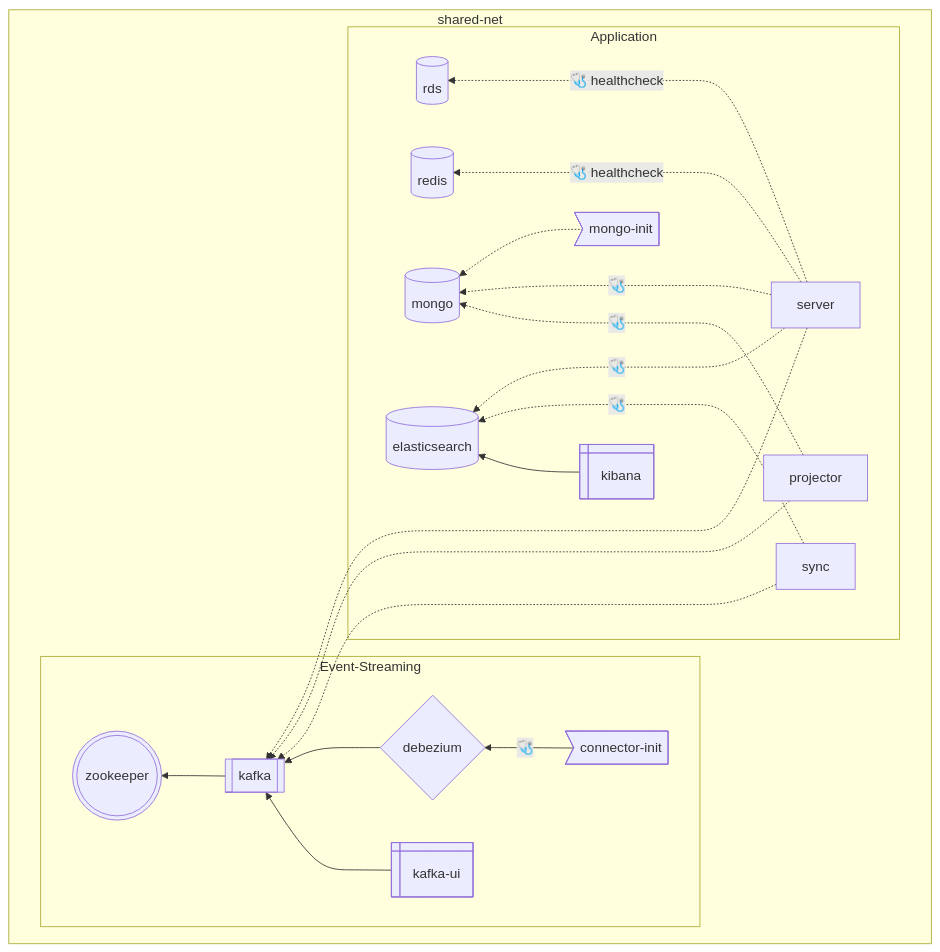
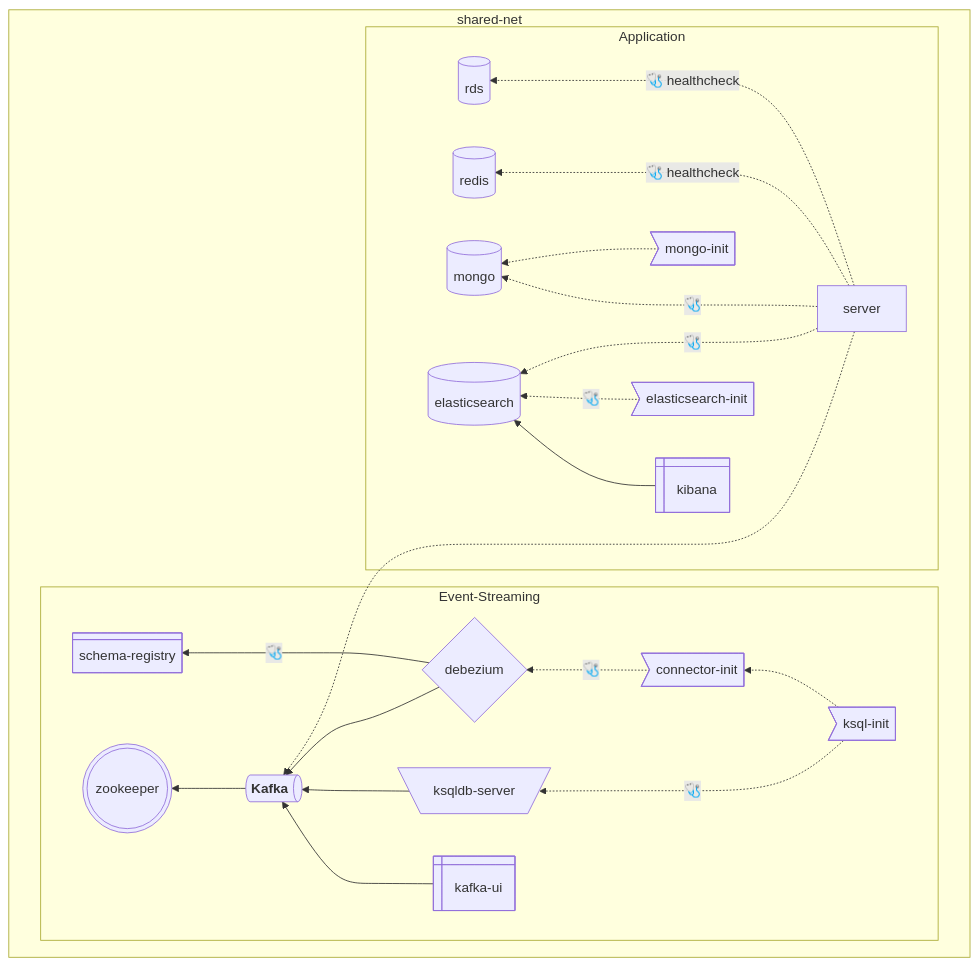
Before and after one commit to NarciSource/Pre-Onboarding-Challenge-BE-31: the second of 4 diagrams in README.md, drawn with Mermaid. The commit also changed other lines of this file, not shown here.

Commit message:
docs: README.md 다이어그램 업데이트

````diff
--- a/README.md
+++ b/README.md
@@ -119,41 +129,46 @@
 ```mermaid
 graph
   subgraph DockerNetwork["shared-net"]
    direction RL
 
    subgraph Event-Streaming
     zookeeper@{ shape: dbl-circ }
-    kafka@{ shape: fr-rect }
+    kafka@{ shape: das, label: "**Kafka**" }
     kafka-ui@{ shape: win-pane }
+    ksqldb-server@{ shape: trap-t }
+    schema-registry@{ shape: div-rect }
     debezium@{ shape: diamond }
     connector-init@{ shape: odd }
+    ksql-init@{ shape: odd }
    end
 
    subgraph Application
     server@{ shape: rect }
-    projector@{ shape: rect }
-    sync@{ shape: rect }
 
     rds@{ shape: cyl }
     mongo@{ shape: cyl }
     mongo-init@{ shape: odd }
     elasticsearch@{ shape: cyl }
+    elasticsearch-init@{ shape: odd }
     redis@{ shape: cyl }
     kibana@{ shape: win-pane }
    end
   end
 
   %% depends_on 관계
   server -..->|🩺 healthcheck| rds & redis
 
   mongo-init -.-> mongo
-  server & projector -..->|🩺| mongo
+  server -..->|🩺| mongo
 
-  server & sync -..->|🩺| elasticsearch
+  server -..->|🩺| elasticsearch
+  elasticsearch-init -.->|🩺| elasticsearch
   kibana --> elasticsearch
 
-  server & projector & sync -...-> kafka
-  connector-init -->|🩺| debezium --> kafka --> zookeeper
-
-  kafka-ui --> kafka
+  server -...-> kafka
+  connector-init -.->|🩺| debezium --> kafka
+  debezium --->|🩺| schema-registry
+  ksql-init -.->|🩺| ksqldb-server --> kafka
+  ksql-init -.-> connector-init
+  kafka-ui --> kafka --> zookeeper
 ```
````
